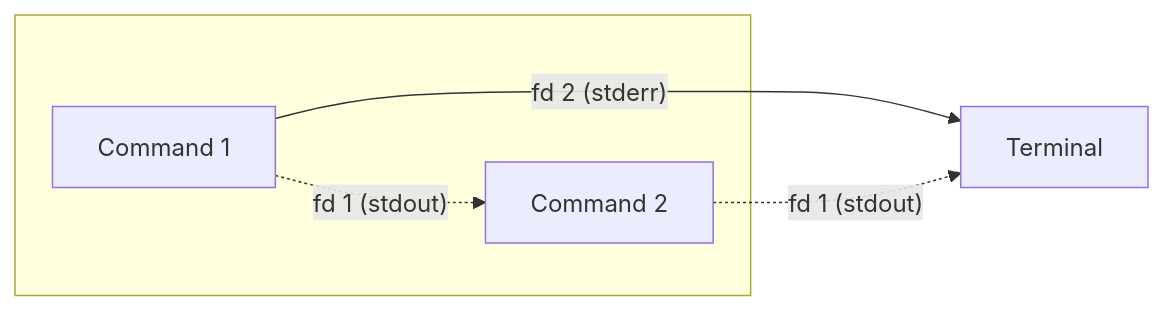
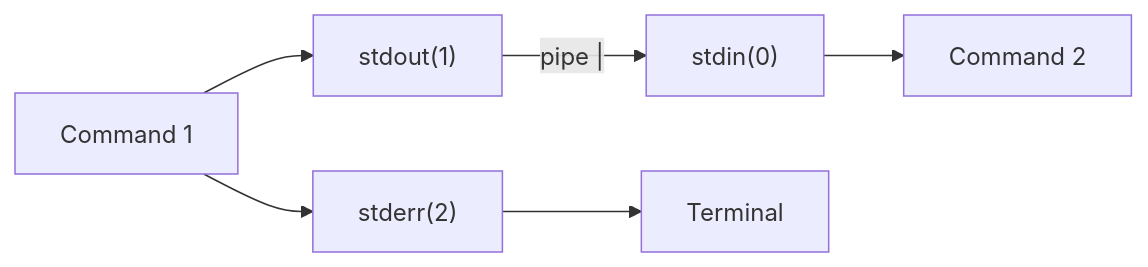
One commit to apcamargo/starlight-test changed the diagram in src/content/docs/guides/linux.mdx. Above: the diagram before and after it, drawn with Mermaid. The commit also changed other lines of this file, not shown here.

````diff
--- a/src/content/docs/guides/linux.mdx
+++ b/src/content/docs/guides/linux.mdx
@@ -61,13 +61,15 @@
 ```mermaid
 graph LR
-    subgraph " "
-        CMD1["Command 1"]
-        CMD2["Command 2"]
-    end
-    
+    CMD1["Command 1"]
+    STDOUT["stdout(1)"]
+    STDIN["stdin(0)"]
+    CMD2["Command 2"]
+    STDERR["stderr(2)"]
     TERM["Terminal"]
     
-    CMD1 -.->|"fd 1 (stdout)"| CMD2
-    CMD1 -->|"fd 2 (stderr)"| TERM
-    CMD2 -.->|"fd 1 (stdout)"| TERM
+    CMD1 --> STDOUT
+    STDOUT -->|"pipe |"| STDIN
+    STDIN --> CMD2
+    CMD1 --> STDERR
+    STDERR --> TERM
 ```
````
